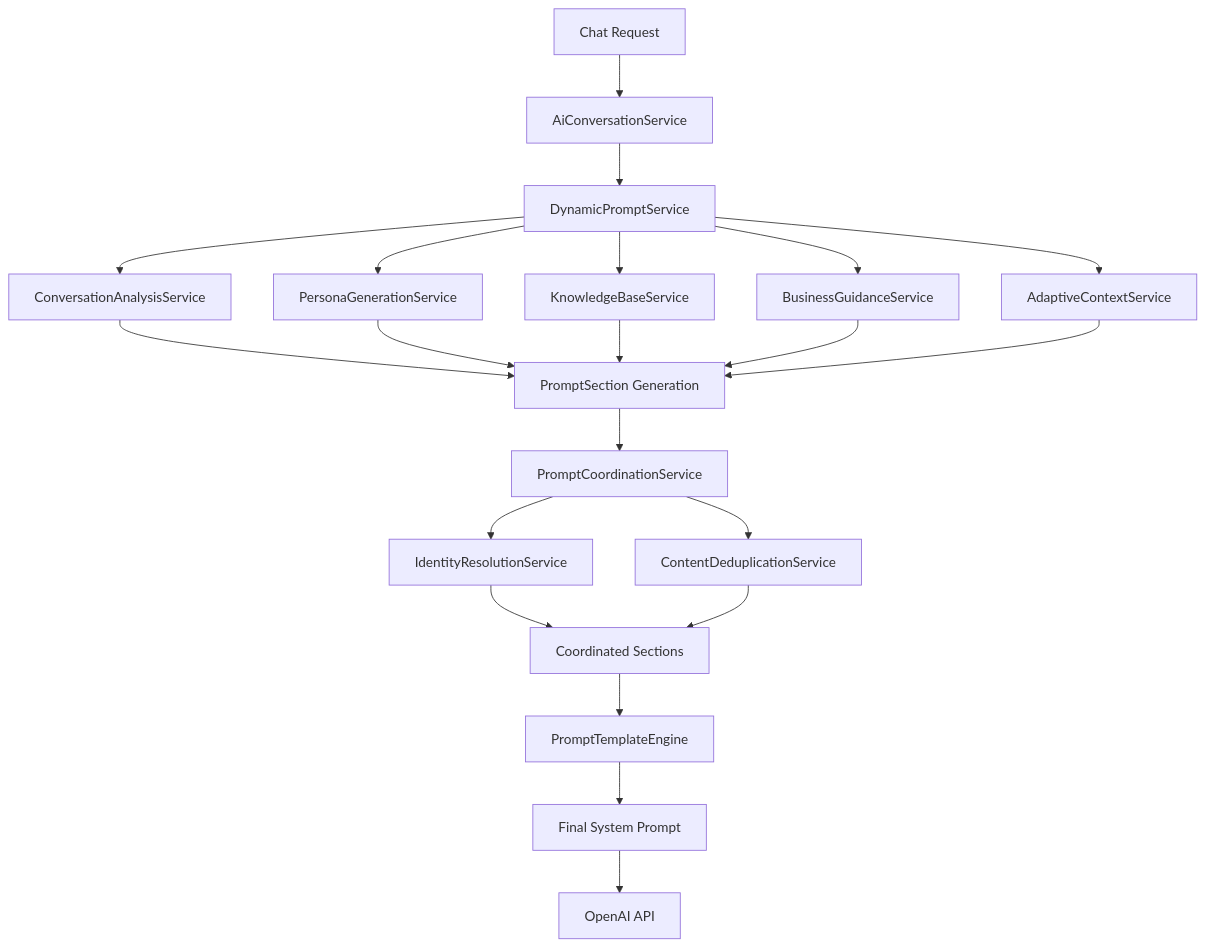
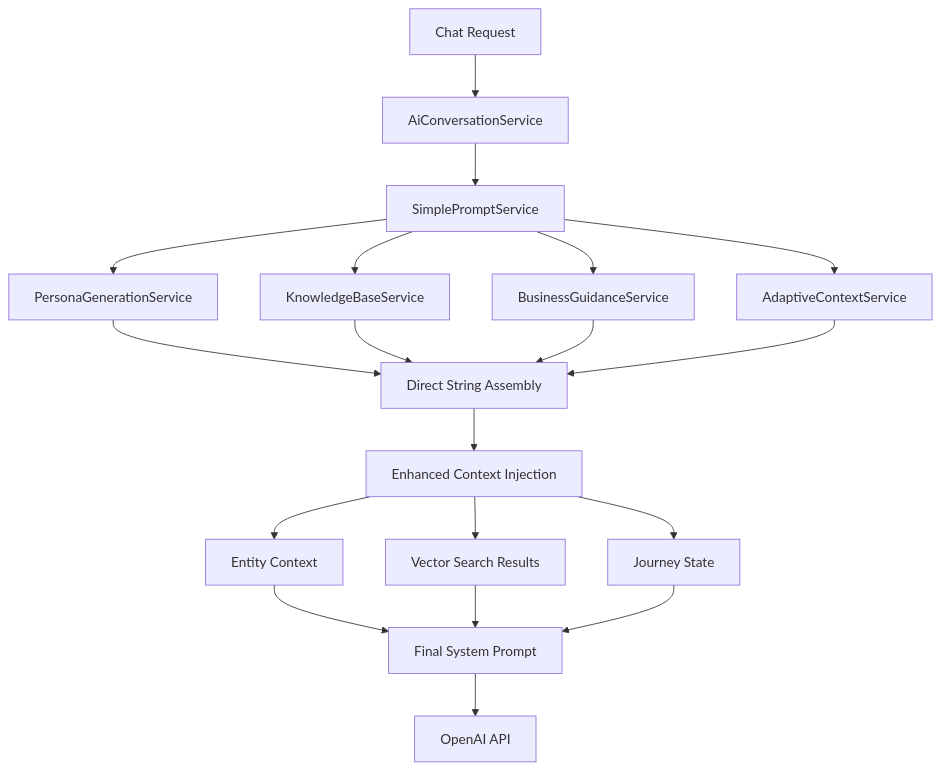
Before and after one commit to kbrapp1/test-app-1: the diagram in docs/chatbot-widget/system-prompt-pipeline-architecture.md, drawn with Mermaid. The commit also changed other lines of this file and 262 other files, not shown here.

First line of the commit message:
feat: implement chatbot widget system prompt pipeline and API refactoring

````diff
--- a/docs/chatbot-widget/system-prompt-pipeline-architecture.md
+++ b/docs/chatbot-widget/system-prompt-pipeline-architecture.md
@@ -32,27 +32,25 @@
 ```mermaid
 graph TD
     A[Chat Request] --> B[AiConversationService]
-    B --> C[DynamicPromptService]
-    C --> D[ConversationAnalysisService]
-    C --> E[PersonaGenerationService]
-    C --> F[KnowledgeBaseService]
-    C --> G[BusinessGuidanceService]
-    C --> H[AdaptiveContextService]
+    B --> C[SimplePromptService]
+    C --> D[PersonaGenerationService]
+    C --> E[KnowledgeBaseService]
+    C --> F[BusinessGuidanceService]
+    C --> G[AdaptiveContextService]
     
-    D --> I[PromptSection Generation]
-    E --> I
-    F --> I
-    G --> I
-    H --> I
+    D --> H[Direct String Assembly]
+    E --> H
+    F --> H
+    G --> H
     
-    I --> J[PromptCoordinationService]
-    J --> K[IdentityResolutionService]
-    J --> L[ContentDeduplicationService]
+    H --> I[Enhanced Context Injection]
+    I --> J[Entity Context]
+    I --> K[Vector Search Results]
+    I --> L[Journey State]
     
-    K --> M[Coordinated Sections]
+    J --> M[Final System Prompt]
+    K --> M
     L --> M
     
-    M --> N[PromptTemplateEngine]
-    N --> O[Final System Prompt]
-    O --> P[OpenAI API]
+    M --> N[OpenAI API]
 ```
````
